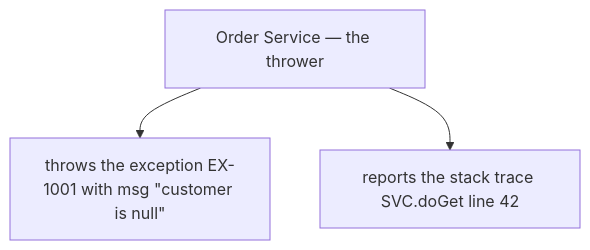
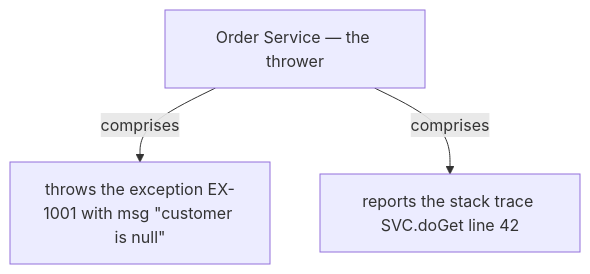
One commit to vinayakuber/microservices-io-study-guide changed the fifth of 13 diagrams in docs/ch34-exception-tracking.md. Above: the diagram before and after it, drawn with Mermaid. The commit also changed other lines of this file and 71 other files, not shown here.

First line of the commit message:
R18: label every diagram arrow with its meaning

````diff
--- a/docs/ch34-exception-tracking.md
+++ b/docs/ch34-exception-tracking.md
@@ -216,6 +216,6 @@
 ```mermaid
 flowchart TD
   R["Order Service — the thrower"]
-  R --> P0["throws the exception EX-1001 with msg #quot;customer is null#quot;"]
-  R --> P1["reports the stack trace SVC.doGet line 42"]
+  R -->|"comprises"| P0["throws the exception EX-1001 with msg #quot;customer is null#quot;"]
+  R -->|"comprises"| P1["reports the stack trace SVC.doGet line 42"]
 ```
````
